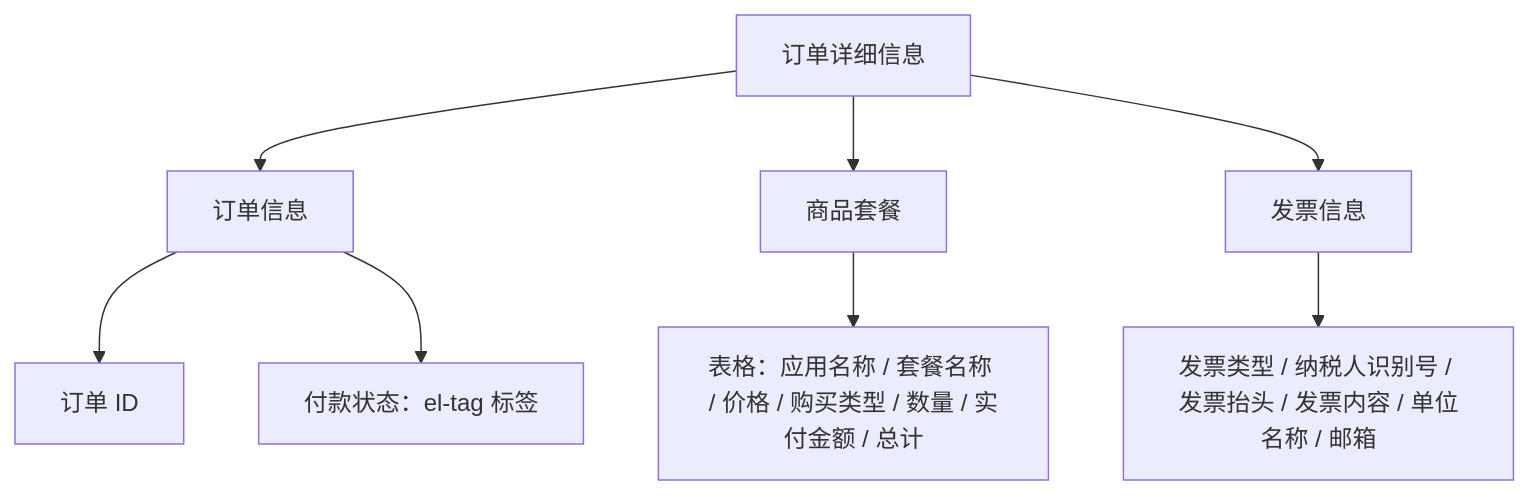
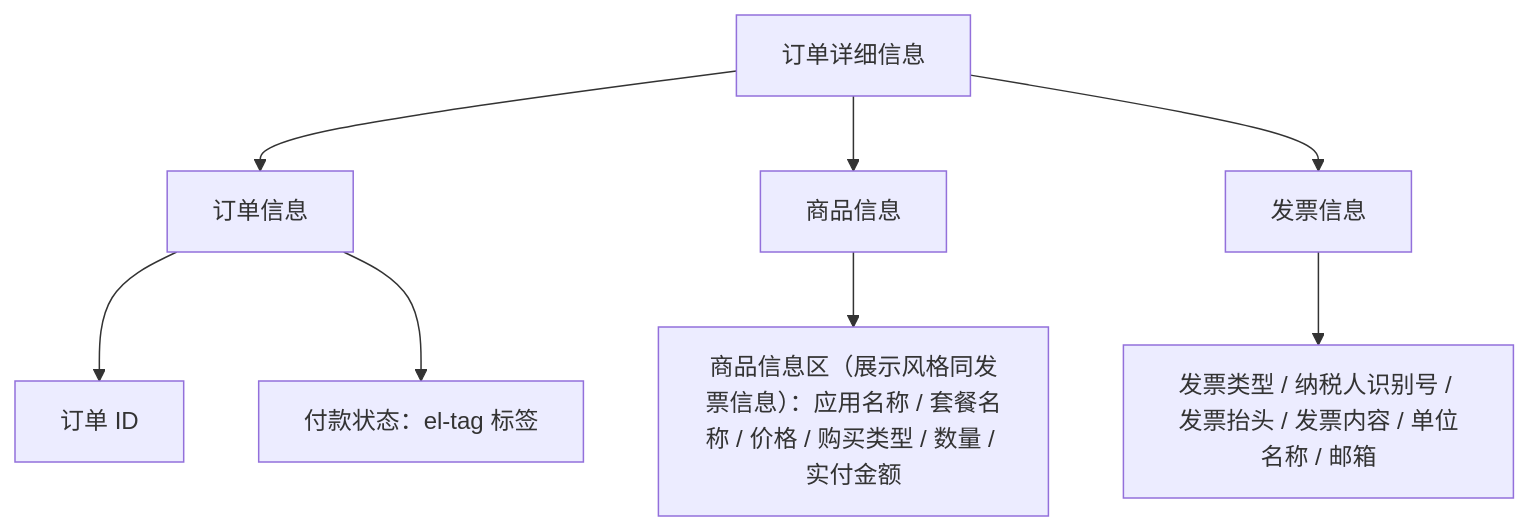
Before and after one commit to sunmei119/restore: the fourth of 4 diagrams in output/prd/prd.md, drawn with Mermaid. The commit also changed other lines of this file and 2 other files, not shown here.

````diff
--- a/output/prd/prd.md
+++ b/output/prd/prd.md
@@ -880,10 +903,10 @@
 ```mermaid
 flowchart TD
     A["订单详细信息"] --> B["订单信息"]
-    A --> C["商品套餐"]
+    A --> C["商品信息"]
     A --> D["发票信息"]
     B --> B1["订单 ID"]
     B --> B2["付款状态：el-tag 标签"]
-    C --> C1["表格：应用名称 / 套餐名称 / 价格 / 购买类型 / 数量 / 实付金额 / 总计"]
+    C --> C1["商品信息区（展示风格同发票信息）：应用名称 / 套餐名称 / 价格 / 购买类型 / 数量 / 实付金额"]
     D --> D1["发票类型 / 纳税人识别号 / 发票抬头 / 发票内容 / 单位名称 / 邮箱"]
 ```
````
